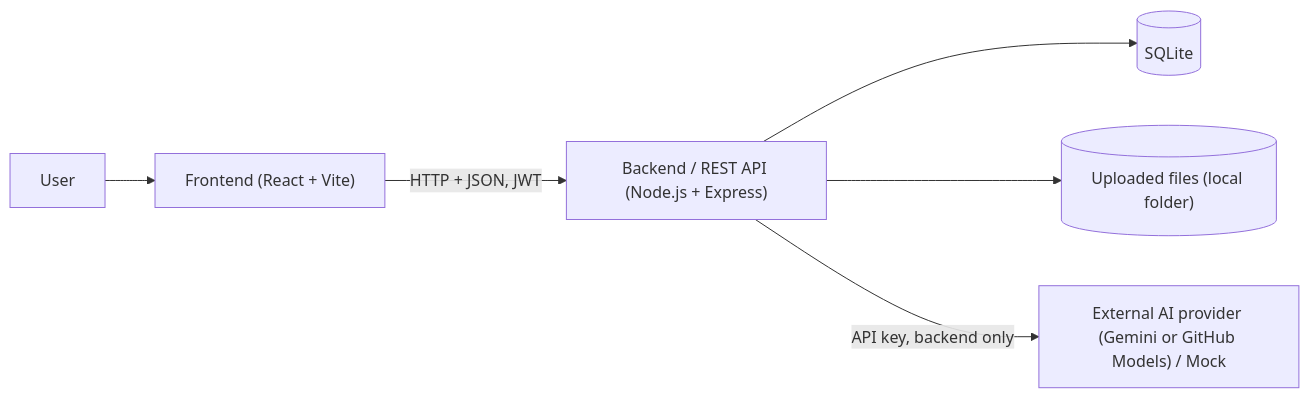
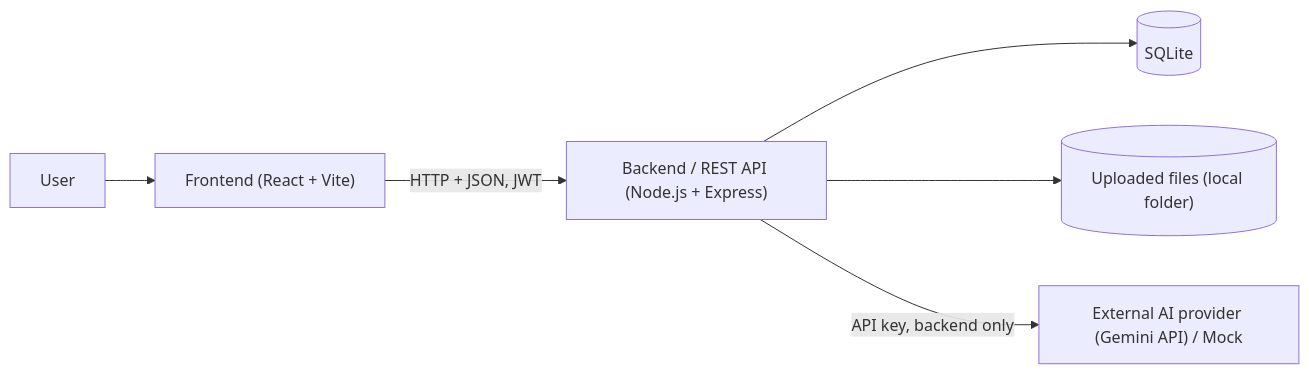
Before and after one commit to Alsoren/child-development-platform: the first of 6 diagrams in docs/SDD.md, drawn with Mermaid. The commit also changed other lines of this file and 1 other file, not shown here.

Commit message:
SCRUM-35 Close A7 (Gemini API) and A8 (English)

````diff
--- a/docs/SDD.md
+++ b/docs/SDD.md
@@ -13,8 +13,8 @@
 ```mermaid
 flowchart LR
     User --> Frontend["Frontend (React + Vite)"]
     Frontend -->|"HTTP + JSON, JWT"| Backend["Backend / REST API (Node.js + Express)"]
     Backend --> DB[(SQLite)]
     Backend --> Files[("Uploaded files (local folder)")]
-    Backend -->|"API key, backend only"| AI["External AI provider (Gemini or GitHub Models) / Mock"]
+    Backend -->|"API key, backend only"| AI["External AI provider (Gemini API) / Mock"]
 ```
````
